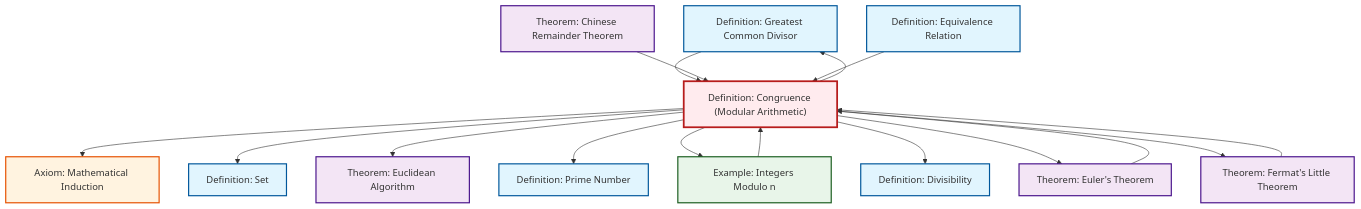
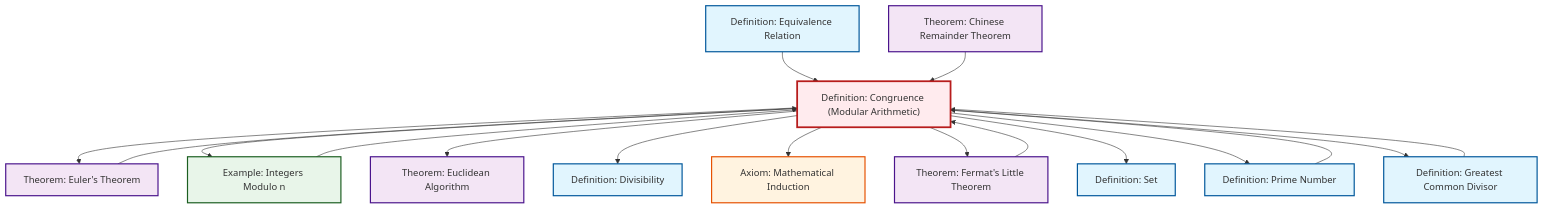
One commit to RK0429/ModernMath changed the diagram in content/ja/number-theory/def-congruence.qmd. Above: the diagram before and after it, drawn with Mermaid. The commit also changed 654 other files, not shown here.

First line of the commit message:
fix: Update cross-references to equivalence relation in quotient ring definitions

````diff
--- a/content/ja/number-theory/def-congruence.qmd
+++ b/content/ja/number-theory/def-congruence.qmd
@@ -125,48 +125,49 @@
 ```{mermaid}
 %%| fig-cap: "Local dependency graph"
 graph TD
     classDef definition fill:#e1f5fe,stroke:#01579b,stroke-width:2px
     classDef theorem fill:#f3e5f5,stroke:#4a148c,stroke-width:2px
     classDef axiom fill:#fff3e0,stroke:#e65100,stroke-width:2px
     classDef example fill:#e8f5e9,stroke:#1b5e20,stroke-width:2px
     classDef current fill:#ffebee,stroke:#b71c1c,stroke-width:3px
+    thm-chinese-remainder["Theorem: Chinese Remainder Theorem"]:::theorem
+    def-set["Definition: Set"]:::definition
+    thm-fermat-little["Theorem: Fermat's Little Theorem"]:::theorem
+    thm-euclidean-algorithm["Theorem: Euclidean Algorithm"]:::theorem
     def-gcd["Definition: Greatest Common Divisor"]:::definition
+    def-divisibility["Definition: Divisibility"]:::definition
+    def-equivalence-relation["Definition: Equivalence Relation"]:::definition
     thm-euler["Theorem: Euler's Theorem"]:::theorem
-    thm-fermat-little["Theorem: Fermat's Little Theorem"]:::theorem
-    def-set["Definition: Set"]:::definition
+    ax-induction["Axiom: Mathematical Induction"]:::axiom
+    def-prime["Definition: Prime Number"]:::definition
     def-congruence["Definition: Congruence (Modular Arithmetic)"]:::definition
-    def-equivalence-relation["Definition: Equivalence Relation"]:::definition
-    def-divisibility["Definition: Divisibility"]:::definition
-    thm-chinese-remainder["Theorem: Chinese Remainder Theorem"]:::theorem
     ex-quotient-integers-mod-n["Example: Integers Modulo n"]:::example
-    def-prime["Definition: Prime Number"]:::definition
-    thm-euclidean-algorithm["Theorem: Euclidean Algorithm"]:::theorem
-    ax-induction["Axiom: Mathematical Induction"]:::axiom
+    def-congruence --> thm-euler
+    def-congruence --> ex-quotient-integers-mod-n
+    def-congruence --> thm-euclidean-algorithm
+    def-gcd --> def-congruence
+    ex-quotient-integers-mod-n --> def-congruence
+    def-equivalence-relation --> def-congruence
+    def-prime --> def-congruence
+    def-congruence --> def-divisibility
+    thm-euler --> def-congruence
     def-congruence --> ax-induction
-    ex-quotient-integers-mod-n --> def-congruence
-    def-gcd --> def-congruence
+    def-congruence --> thm-fermat-little
+    def-congruence --> def-set
+    def-congruence --> def-prime
+    def-congruence --> def-gcd
+    thm-fermat-little --> def-congruence
     thm-chinese-remainder --> def-congruence
-    def-congruence --> def-set
-    def-congruence --> thm-euclidean-algorithm
-    thm-euler --> def-congruence
-    thm-fermat-little --> def-congruence
-    def-congruence --> def-gcd
-    def-congruence --> def-prime
-    def-congruence --> ex-quotient-integers-mod-n
-    def-congruence --> def-divisibility
-    def-equivalence-relation --> def-congruence
-    def-congruence --> thm-euler
-    def-congruence --> thm-fermat-little
     class def-congruence current
+    click thm-chinese-remainder "thm-chinese-remainder.html" "Theorem: Chinese Remainder Theoremへ"
+    click def-set "def-set.html" "Definition: Setへ"
+    click thm-fermat-little "thm-fermat-little.html" "Theorem: Fermat's Little Theoremへ"
+    click thm-euclidean-algorithm "thm-euclidean-algorithm.html" "Theorem: Euclidean Algorithmへ"
     click def-gcd "def-gcd.html" "Definition: Greatest Common Divisorへ"
+    click def-divisibility "def-divisibility.html" "Definition: Divisibilityへ"
+    click def-equivalence-relation "def-equivalence-relation.html" "Definition: Equivalence Relationへ"
     click thm-euler "thm-euler.html" "Theorem: Euler's Theoremへ"
-    click thm-fermat-little "thm-fermat-little.html" "Theorem: Fermat's Little Theoremへ"
-    click def-set "def-set.html" "Definition: Setへ"
-    click def-equivalence-relation "def-equivalence-relation.html" "Definition: Equivalence Relationへ"
-    click def-divisibility "def-divisibility.html" "Definition: Divisibilityへ"
-    click thm-chinese-remainder "thm-chinese-remainder.html" "Theorem: Chinese Remainder Theoremへ"
+    click ax-induction "ax-induction.html" "Axiom: Mathematical Inductionへ"
+    click def-prime "def-prime.html" "Definition: Prime Numberへ"
     click ex-quotient-integers-mod-n "ex-quotient-integers-mod-n.html" "Example: Integers Modulo nへ"
-    click def-prime "def-prime.html" "Definition: Prime Numberへ"
-    click thm-euclidean-algorithm "thm-euclidean-algorithm.html" "Theorem: Euclidean Algorithmへ"
-    click ax-induction "ax-induction.html" "Axiom: Mathematical Inductionへ"
 ```
````
